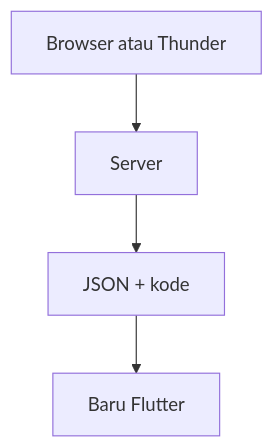
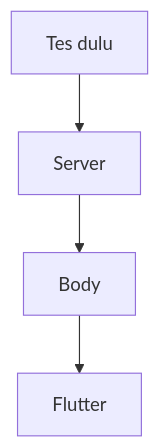
The fourth of 7 diagrams in modul-07-rest/README.md (antonprafanto/mobile2026), drawn with Mermaid before and after one commit. The commit also changed other lines of this file and 2 other files, not shown here.

Commit message:
Clarify Modul 07 after GitHub preview so mermaid labels fit and localhost is not one address.

````diff
--- a/modul-07-rest/README.md
+++ b/modul-07-rest/README.md
@@ -209,6 +208,6 @@
 ```mermaid
 flowchart TB
-  Browser["Browser atau Thunder"] --> Server["Server"]
-  Server --> JSON["JSON + kode"]
-  JSON --> Flutter["Baru Flutter"]
+  Tes["Tes dulu"] --> Srv["Server"]
+  Srv --> Body["Body"]
+  Body --> App["Flutter"]
 ```
````
